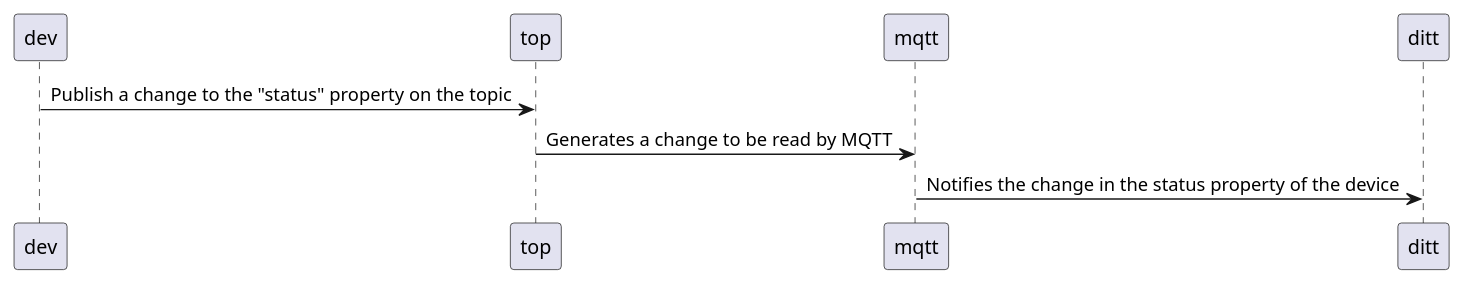
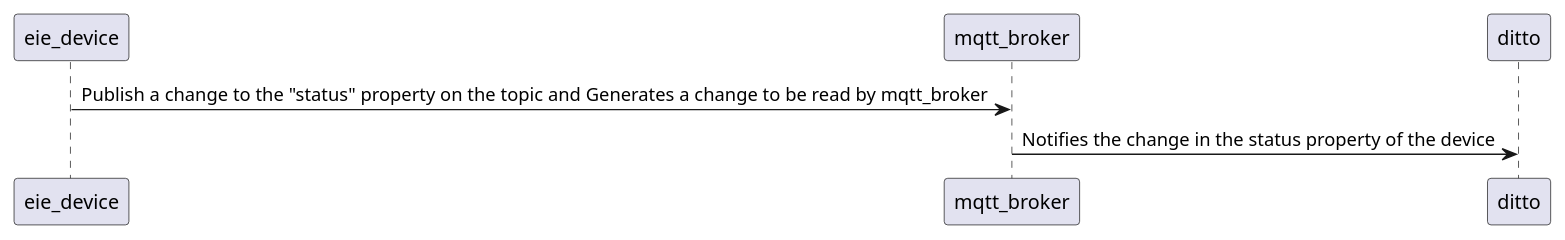
Before and after one commit to robz25/ie0417-dev: the second of 3 diagrams in docs/source/Proyecto/ProyectoFinal/ProyectoFinal.rst, drawn with PlantUML. The commit also changed other lines of this file, not shown here.

Commit message:
Diagramas arreglados

```diff
--- a/docs/source/Proyecto/ProyectoFinal/ProyectoFinal.rst
+++ b/docs/source/Proyecto/ProyectoFinal/ProyectoFinal.rst
@@ -136,15 +135,14 @@
 .. uml::
 
 
   @startuml
 
-  /'entity eie-device as dev
-  entity Topic as top
-  entity MQTT Broker as mqtt
-  entity Ditto as ditt'/
+  /'entity eie-device as eie_device
+  entity MQTT Broker as mqtt_broker
+  entity Ditto as ditto'/
    
-  dev -> top: Publish a change to the "status" property on the topic
-  top -> mqtt: Generates a change to be read by MQTT
-  mqtt -> ditt: Notifies the change in the status property of the device
+  eie_device -> mqtt_broker: Publish a change to the "status" property on the topic and Generates a change to be read by mqtt_broker
+
+  mqtt_broker -> ditto: Notifies the change in the status property of the device
 
   @enduml
```
